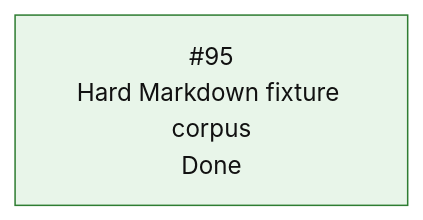
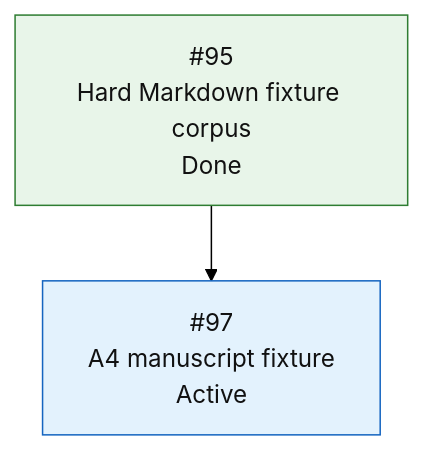
One commit to mihaelamj/MarkdownPDF changed the fifth of 5 diagrams in README.md. Above: the diagram before and after it, drawn with Mermaid (forest theme). The commit also changed 3 other files, not shown here.

Commit message:
test(pdf): add A4 manuscript fixture

````diff
--- a/README.md
+++ b/README.md
@@ -396,11 +396,15 @@
 ```mermaid
 flowchart TD
     H0["#95<br/>Hard Markdown fixture corpus<br/>Done"]
+    H1["#97<br/>A4 manuscript fixture<br/>Active"]
+
+    H0 --> H1
 
     classDef done fill:#e8f5e9,stroke:#2e7d32,color:#111;
     classDef active fill:#e3f2fd,stroke:#1565c0,color:#111;
     classDef review fill:#f3e5f5,stroke:#7b1fa2,color:#111;
     classDef next fill:#fff8e1,stroke:#f9a825,color:#111;
     classDef todo fill:#eef3ff,stroke:#3367d6,color:#111;
     class H0 done;
+    class H1 active;
 ```
````
